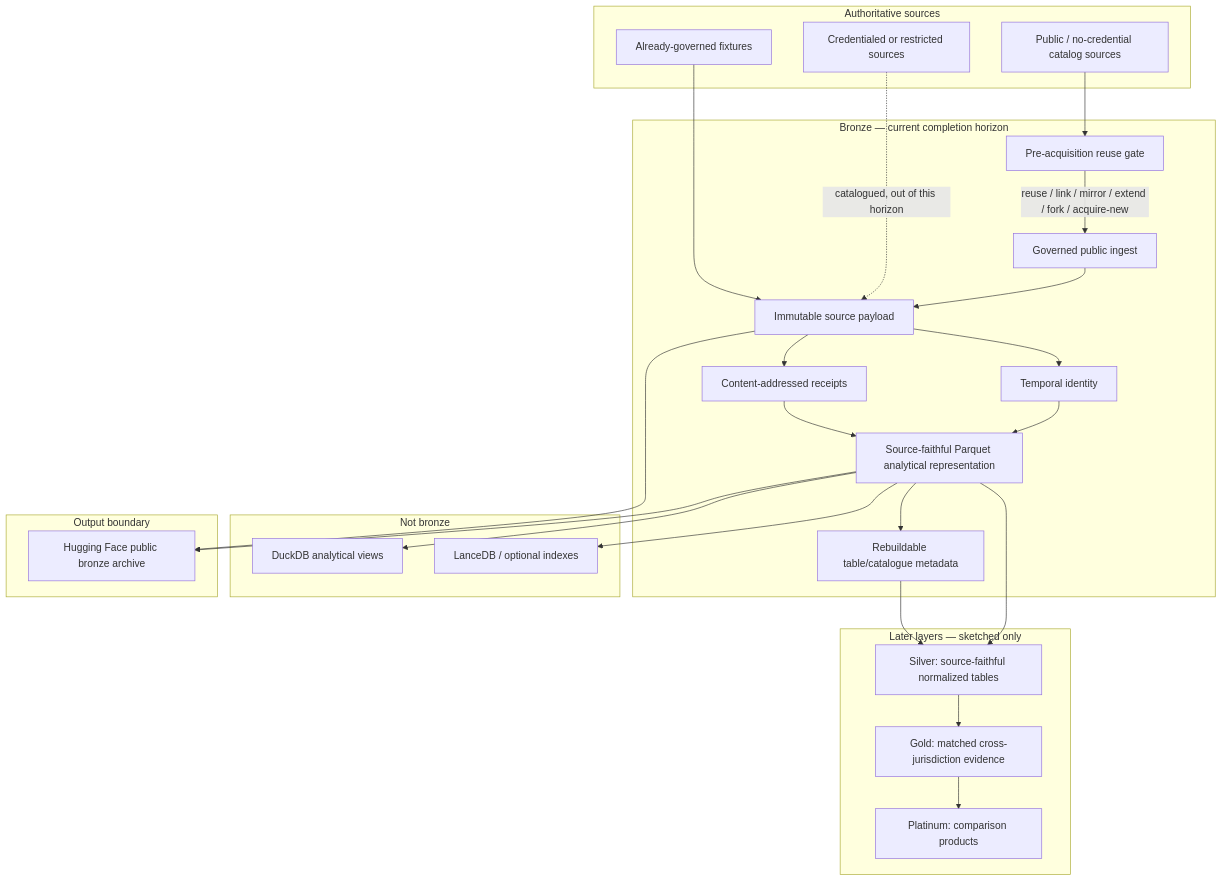
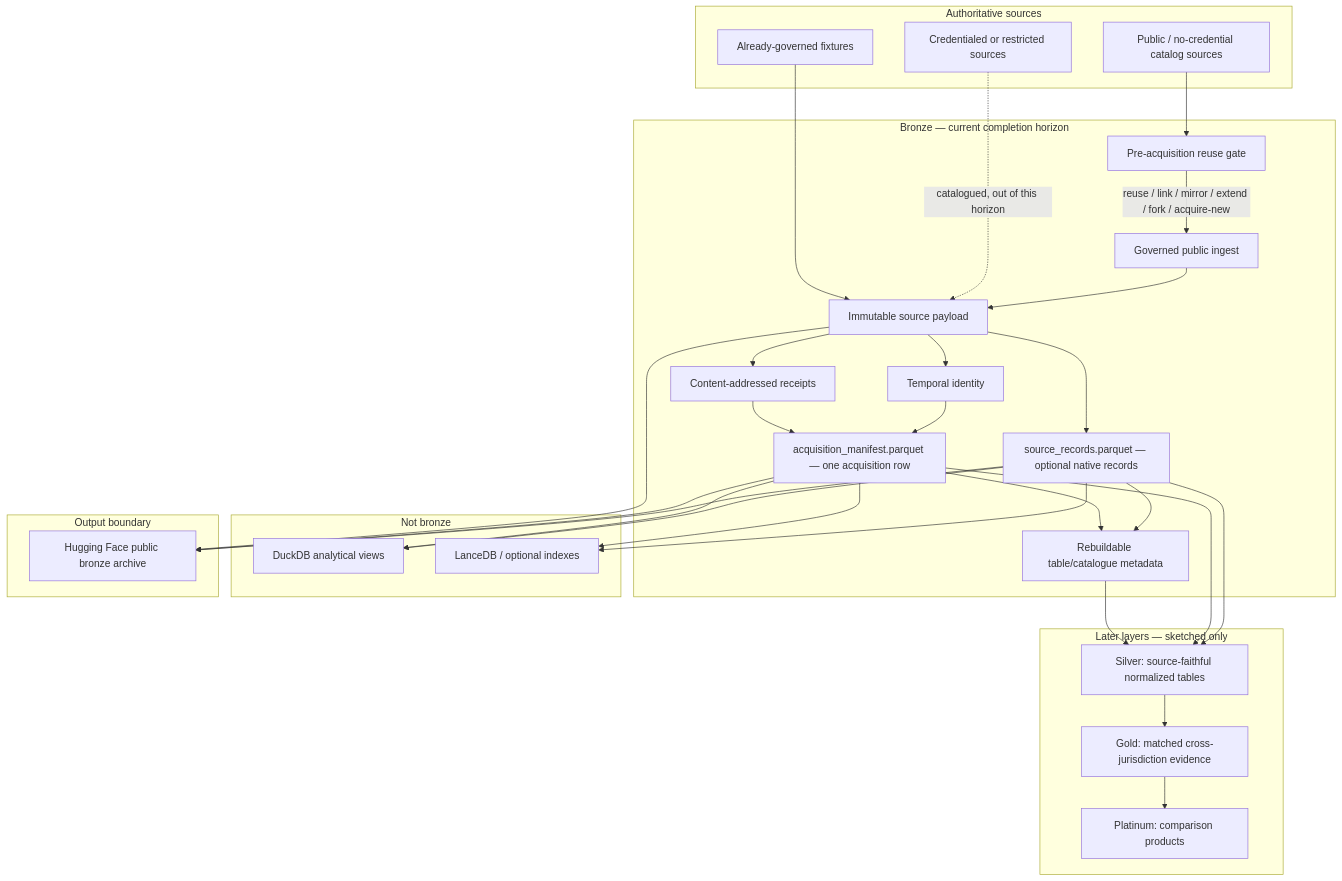
Diagram 15 of 18 in conductor/design.md (edithatogo/global-medicines-atlas), drawn with Mermaid before and after one commit. The commit also changed other lines of this file and 4 other files, not shown here.

````diff
--- a/conductor/design.md
+++ b/conductor/design.md
@@ -439,52 +439,59 @@
 ```mermaid
 flowchart TB
     subgraph Sources["Authoritative sources"]
         PUB["Public / no-credential catalog sources"]
         FIX["Already-governed fixtures"]
         REST["Credentialed or restricted sources"]
     end
 
     subgraph Bronze["Bronze — current completion horizon"]
         GATE["Pre-acquisition reuse gate"]
         INGEST["Governed public ingest"]
         PAYLOAD["Immutable source payload"]
         RECEIPT["Content-addressed receipts"]
         TIME["Temporal identity"]
-        PARQUET["Source-faithful Parquet analytical representation"]
+        MANIFEST["acquisition_manifest.parquet — one acquisition row"]
+        RECORDS["source_records.parquet — optional native records"]
         CATALOGUE["Rebuildable table/catalogue metadata"]
     end
 
     subgraph Later["Later layers — sketched only"]
         SILVER["Silver: source-faithful normalized tables"]
         GOLD["Gold: matched cross-jurisdiction evidence"]
         PLATINUM["Platinum: comparison products"]
     end
 
     subgraph Derivatives["Not bronze"]
         DUCK["DuckDB analytical views"]
         LANCE["LanceDB / optional indexes"]
     end
 
     subgraph Archive["Output boundary"]
         HF["Hugging Face public bronze archive"]
     end
 
     PUB --> GATE
     GATE -->|"reuse / link / mirror / extend / fork / acquire-new"| INGEST
     FIX --> PAYLOAD
     REST -.->|"catalogued, out of this horizon"| PAYLOAD
     INGEST --> PAYLOAD
     PAYLOAD --> RECEIPT
     PAYLOAD --> TIME
-    RECEIPT --> PARQUET
-    TIME --> PARQUET
-    PARQUET --> CATALOGUE
+    RECEIPT --> MANIFEST
+    TIME --> MANIFEST
+    PAYLOAD --> RECORDS
+    MANIFEST --> CATALOGUE
+    RECORDS --> CATALOGUE
     CATALOGUE --> SILVER
-    PARQUET --> SILVER
+    MANIFEST --> SILVER
+    RECORDS --> SILVER
     SILVER --> GOLD
     GOLD --> PLATINUM
-    PARQUET --> DUCK
-    PARQUET --> LANCE
+    MANIFEST --> DUCK
+    RECORDS --> DUCK
+    MANIFEST --> LANCE
+    RECORDS --> LANCE
     PAYLOAD --> HF
-    PARQUET --> HF
+    MANIFEST --> HF
+    RECORDS --> HF
 ```
````
